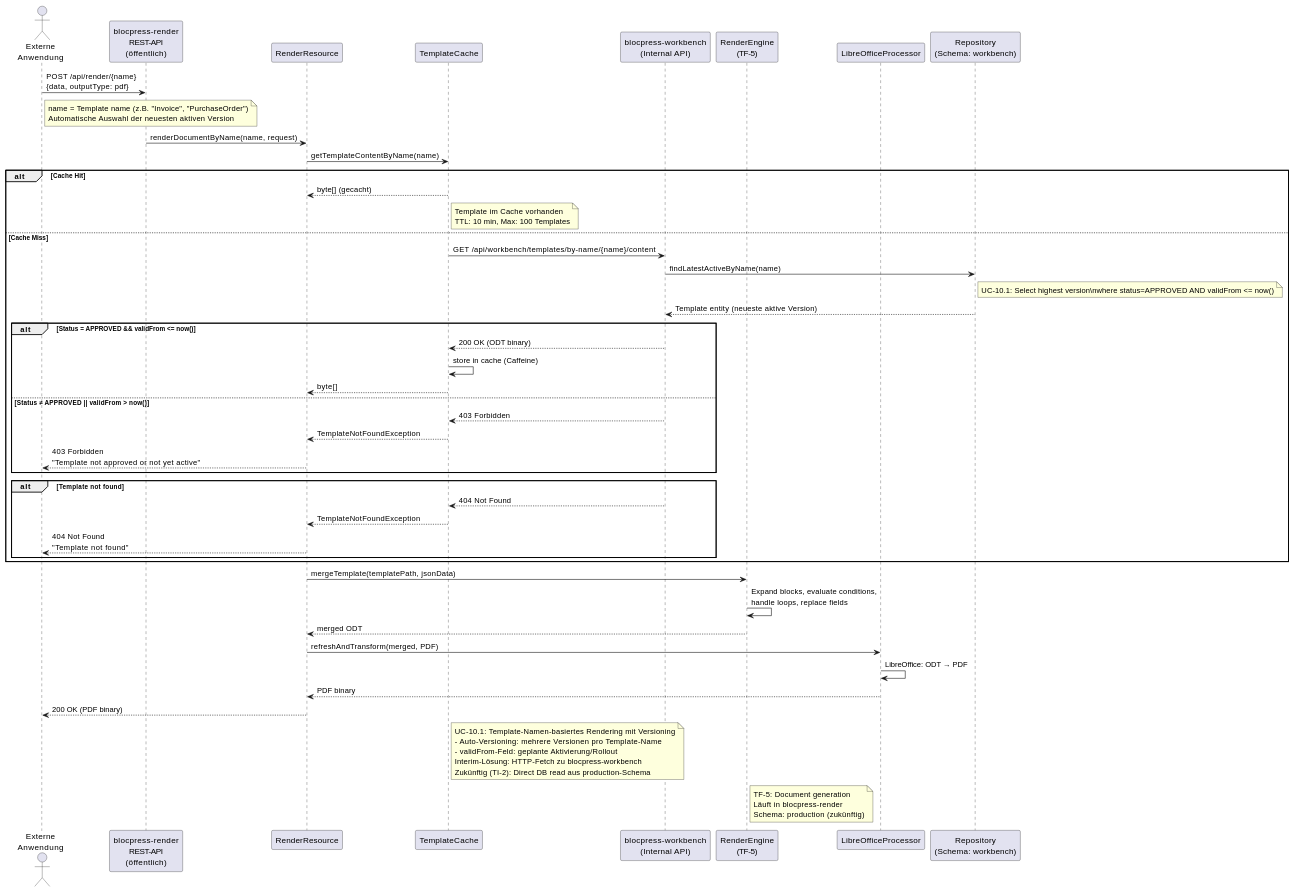
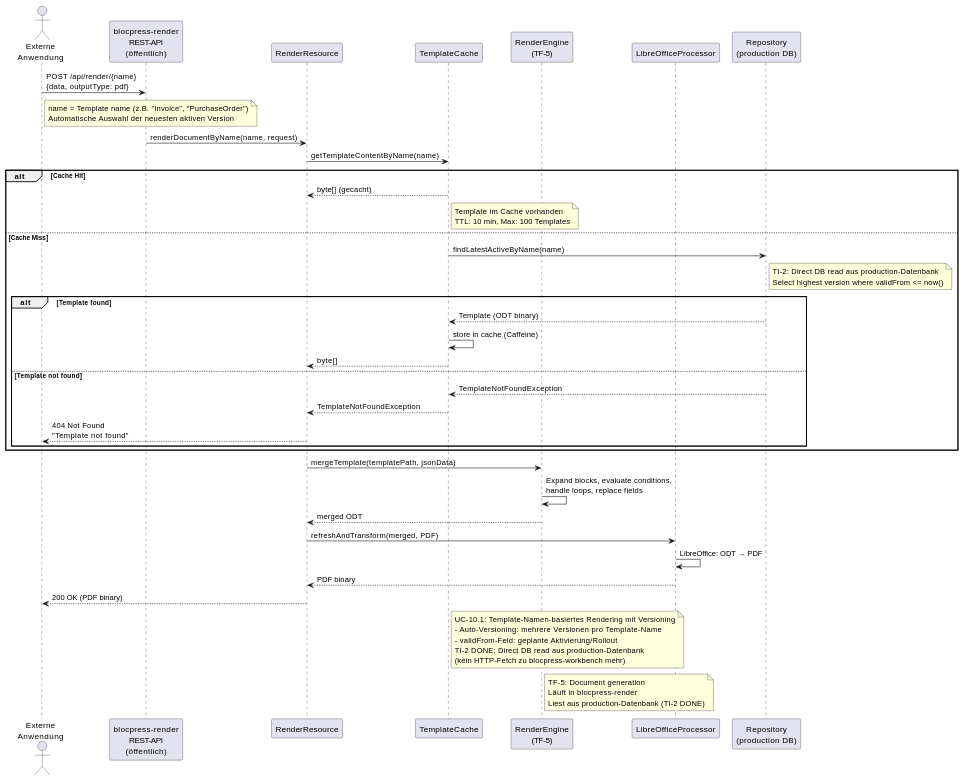
The ninth of 18 diagrams in docs/specification/arc42.adoc (flaechsig/blocpress), drawn with PlantUML before and after one commit. The commit also changed other lines of this file and 12 other files, not shown here.

```diff
--- a/docs/specification/arc42.adoc
+++ b/docs/specification/arc42.adoc
@@ -947,75 +940,66 @@
 [plantuml, laufzeit-template-name-rendering, svg]
 ----
 @startuml
 actor "Externe\nAnwendung" as App
 participant "blocpress-render\nREST-API\n(öffentlich)" as Render
 participant "RenderResource" as Resource
 participant "TemplateCache" as Cache
-participant "blocpress-workbench\n(Internal API)" as Workbench
 participant "RenderEngine\n(TF-5)" as Engine
 participant "LibreOfficeProcessor" as LO
-participant "Repository\n(Schema: workbench)" as Repo
+participant "Repository\n(production DB)" as Repo
 
 App -> Render : POST /api/render/{name}\n{data, outputType: pdf}
 note right of App
     name = Template name (z.B. "Invoice", "PurchaseOrder")
     Automatische Auswahl der neuesten aktiven Version
 end note
 
 Render -> Resource : renderDocumentByName(name, request)
 Resource -> Cache : getTemplateContentByName(name)
 
 alt Cache Hit
     Cache --> Resource : byte[] (gecacht)
     note right of Cache
         Template im Cache vorhanden
         TTL: 10 min, Max: 100 Templates
     end note
 else Cache Miss
-    Cache -> Workbench : GET /api/workbench/templates/by-name/{name}/content
-    Workbench -> Repo : findLatestActiveByName(name)
+    Cache -> Repo : findLatestActiveByName(name)
     note right of Repo
-        UC-10.1: Select highest version\nwhere status=APPROVED AND validFrom <= now()
+        TI-2: Direct DB read aus production-Datenbank
+        Select highest version where validFrom <= now()
     end note
-    Repo --> Workbench : Template entity (neueste aktive Version)
-
-    alt Status = APPROVED && validFrom <= now()
-        Workbench --> Cache : 200 OK (ODT binary)
+    alt Template found
+        Repo --> Cache : Template (ODT binary)
         Cache -> Cache : store in cache (Caffeine)
         Cache --> Resource : byte[]
-    else Status ≠ APPROVED || validFrom > now()
-        Workbench --> Cache : 403 Forbidden
-        Cache --> Resource : TemplateNotFoundException
-        Resource --> App : 403 Forbidden\n"Template not approved or not yet active"
-    end alt
-
-    alt Template not found
-        Workbench --> Cache : 404 Not Found
+    else Template not found
+        Repo --> Cache : TemplateNotFoundException
         Cache --> Resource : TemplateNotFoundException
         Resource --> App : 404 Not Found\n"Template not found"
     end alt
 end alt
 
 Resource -> Engine : mergeTemplate(templatePath, jsonData)
 Engine -> Engine : Expand blocks, evaluate conditions,\nhandle loops, replace fields
 Engine --> Resource : merged ODT
 Resource -> LO : refreshAndTransform(merged, PDF)
 LO -> LO : LibreOffice: ODT → PDF
 LO --> Resource : PDF binary
 Resource --> App : 200 OK (PDF binary)
 
 note right of Cache
     UC-10.1: Template-Namen-basiertes Rendering mit Versioning
     - Auto-Versioning: mehrere Versionen pro Template-Name
     - validFrom-Feld: geplante Aktivierung/Rollout
-    Interim-Lösung: HTTP-Fetch zu blocpress-workbench
-    Zukünftig (TI-2): Direct DB read aus production-Schema
+    TI-2 DONE: Direct DB read aus production-Datenbank
+    (kein HTTP-Fetch zu blocpress-workbench mehr)
 end note
 
 note right of Engine
     TF-5: Document generation
     Läuft in blocpress-render
-    Schema: production (zukünftig)
+    Liest aus production-Datenbank (TI-2 DONE)
 end note
 @enduml
 ----
```
